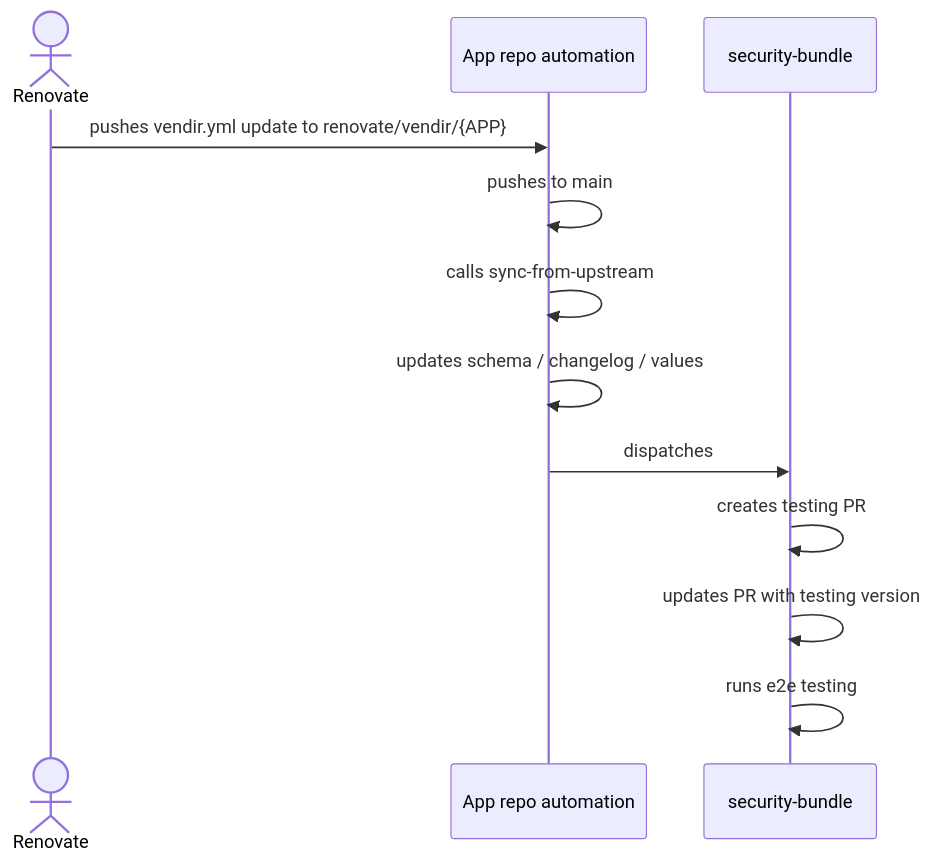
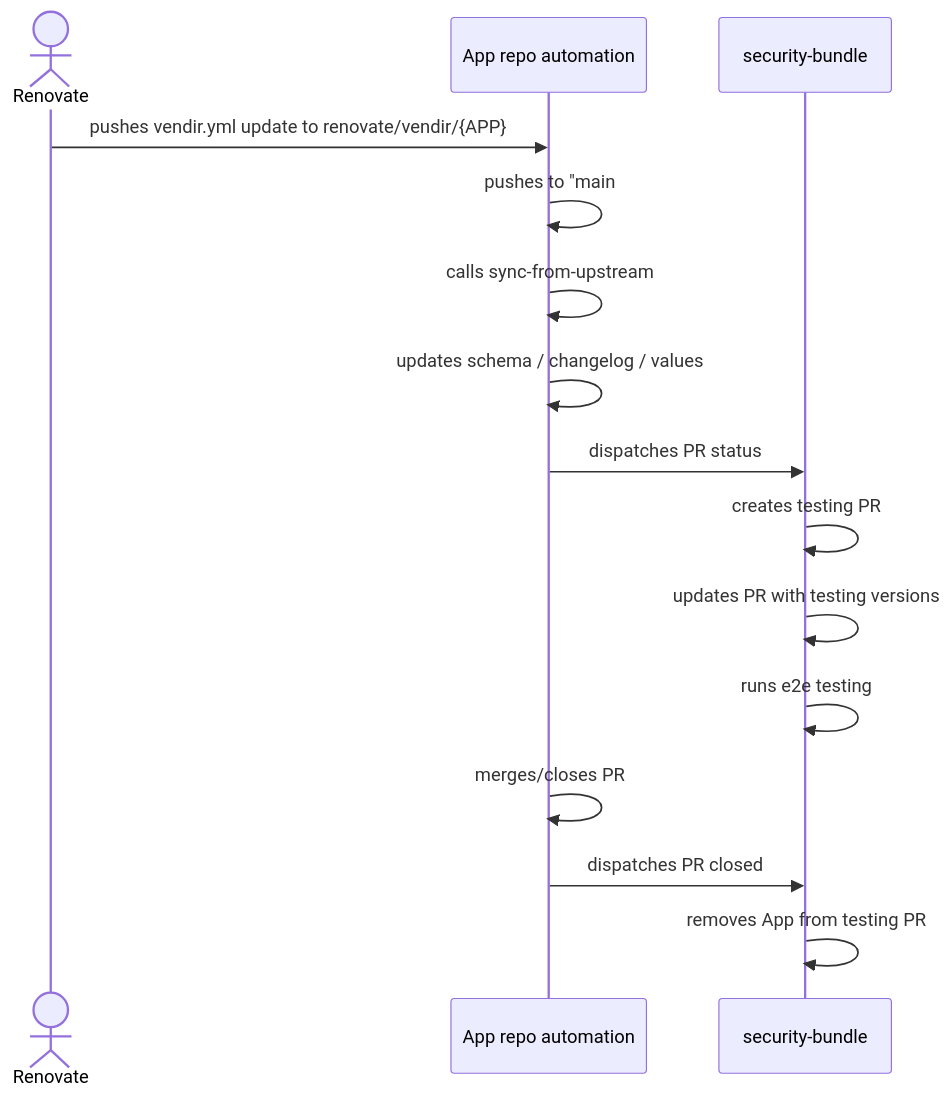
Before and after one commit to giantswarm/security-bundle: the diagram in docs/automated-chart-updates-simplified.md, drawn with Mermaid.

Commit message:
docs: update charts

````diff
--- a/docs/automated-chart-updates-simplified.md
+++ b/docs/automated-chart-updates-simplified.md
@@ -7,15 +7,18 @@
 ```mermaid
 sequenceDiagram
     actor Renovate
     participant App as App repo automation
     participant SB as security-bundle
 
     Renovate->>App: pushes vendir.yml update to renovate/vendir/{APP}
-    App->>App: pushes to main#update-chart
+    App->>App: pushes to "main#update-chart"
     App->>App: calls sync-from-upstream
     App->>App: updates schema / changelog / values
-    App->>SB: dispatches
+    App->>SB: dispatches PR status
     SB->>SB: creates testing PR
-    SB->>SB: updates PR with testing version
+    SB->>SB: updates PR with testing versions
     SB->>SB: runs e2e testing
+    App->>App: merges/closes PR
+    App->>SB: dispatches PR closed
+    SB->>SB: removes App from testing PR
 ```
````
